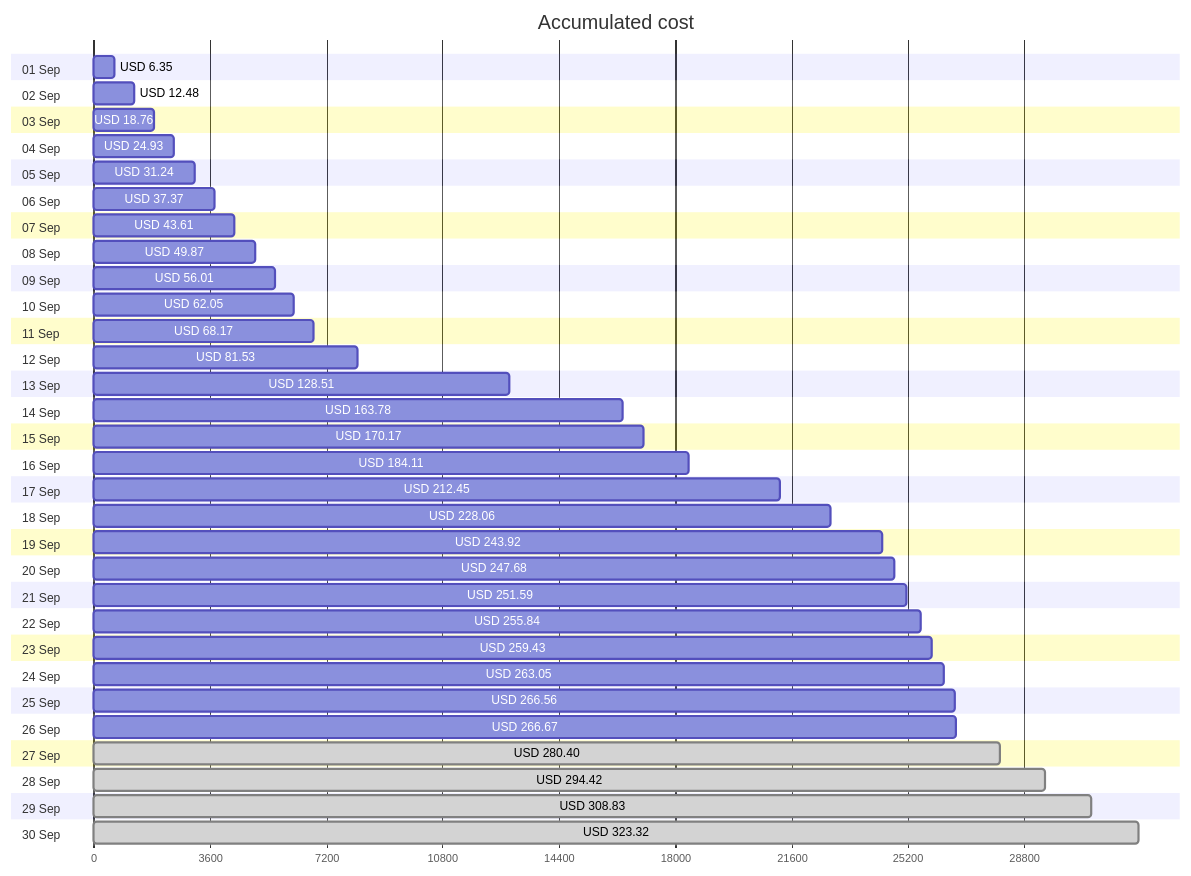
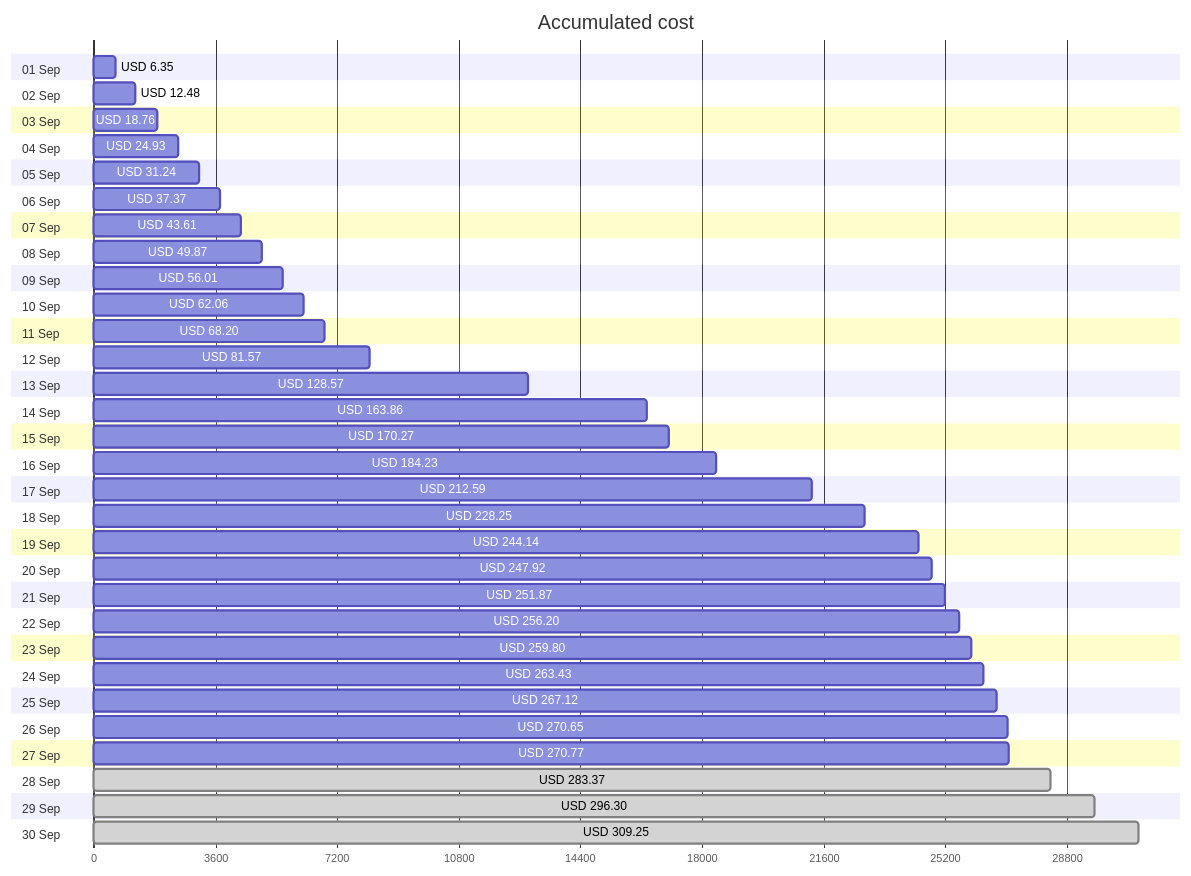
The first of 4 diagrams in cost-reports/accumulated-cost.md (jpfulton/azure-personal-reports), drawn with Mermaid before and after one commit. The commit also changed other lines of this file and 4 other files, not shown here.

````diff
--- a/cost-reports/accumulated-cost.md
+++ b/cost-reports/accumulated-cost.md
@@ -20,66 +20,66 @@
 ```mermaid
 gantt
    title Accumulated cost
    dateFormat  X
    axisFormat %s
    section 01 Sep
    USD 6.35 :0, 635
    section 02 Sep
    USD 12.48 :0, 1248
    section 03 Sep
    USD 18.76 :0, 1876
    section 04 Sep
    USD 24.93 :0, 2493
    section 05 Sep
    USD 31.24 :0, 3124
    section 06 Sep
    USD 37.37 :0, 3737
    section 07 Sep
    USD 43.61 :0, 4361
    section 08 Sep
    USD 49.87 :0, 4987
    section 09 Sep
    USD 56.01 :0, 5601
    section 10 Sep
-   USD 62.05 :0, 6205
+   USD 62.06 :0, 6206
    section 11 Sep
-   USD 68.17 :0, 6817
+   USD 68.20 :0, 6820
    section 12 Sep
-   USD 81.53 :0, 8153
+   USD 81.57 :0, 8157
    section 13 Sep
-   USD 128.51 :0, 12851
+   USD 128.57 :0, 12857
    section 14 Sep
-   USD 163.78 :0, 16378
+   USD 163.86 :0, 16386
    section 15 Sep
-   USD 170.17 :0, 17017
+   USD 170.27 :0, 17027
    section 16 Sep
-   USD 184.11 :0, 18411
+   USD 184.23 :0, 18423
    section 17 Sep
-   USD 212.45 :0, 21245
+   USD 212.59 :0, 21259
    section 18 Sep
-   USD 228.06 :0, 22806
+   USD 228.25 :0, 22825
    section 19 Sep
-   USD 243.92 :0, 24392
+   USD 244.14 :0, 24414
    section 20 Sep
-   USD 247.68 :0, 24768
+   USD 247.92 :0, 24792
    section 21 Sep
-   USD 251.59 :0, 25159
+   USD 251.87 :0, 25187
    section 22 Sep
-   USD 255.84 :0, 25584
+   USD 256.20 :0, 25620
    section 23 Sep
-   USD 259.43 :0, 25943
+   USD 259.80 :0, 25980
    section 24 Sep
-   USD 263.05 :0, 26305
+   USD 263.43 :0, 26343
    section 25 Sep
-   USD 266.56 :0, 26656
+   USD 267.12 :0, 26712
    section 26 Sep
-   USD 266.67 :0, 26667
+   USD 270.65 :0, 27065
    section 27 Sep
-   USD 280.40 : done, 0, 28040
+   USD 270.77 :0, 27077
    section 28 Sep
-   USD 294.42 : done, 0, 29442
+   USD 283.37 : done, 0, 28337
    section 29 Sep
-   USD 308.83 : done, 0, 30883
+   USD 296.30 : done, 0, 29630
    section 30 Sep
-   USD 323.32 : done, 0, 32332
+   USD 309.25 : done, 0, 30925
 ```
````
